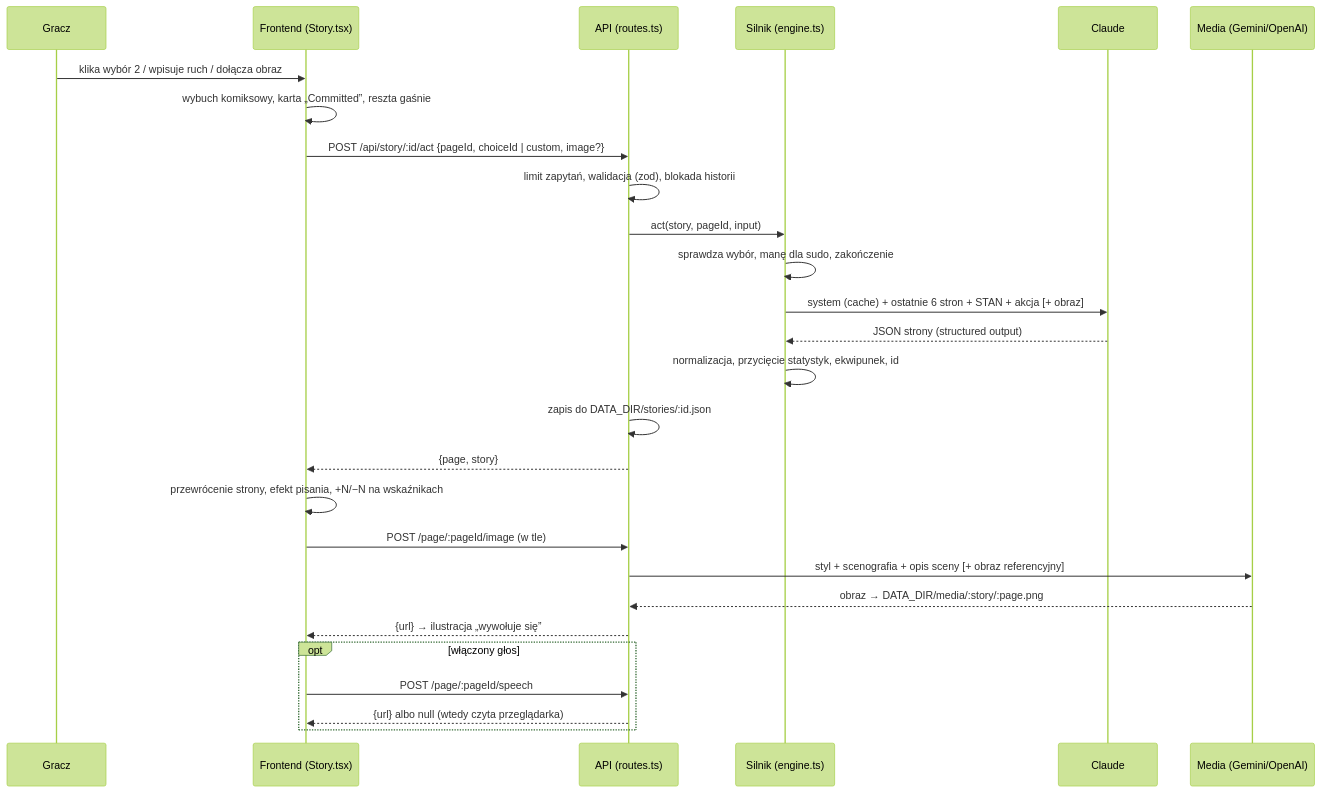
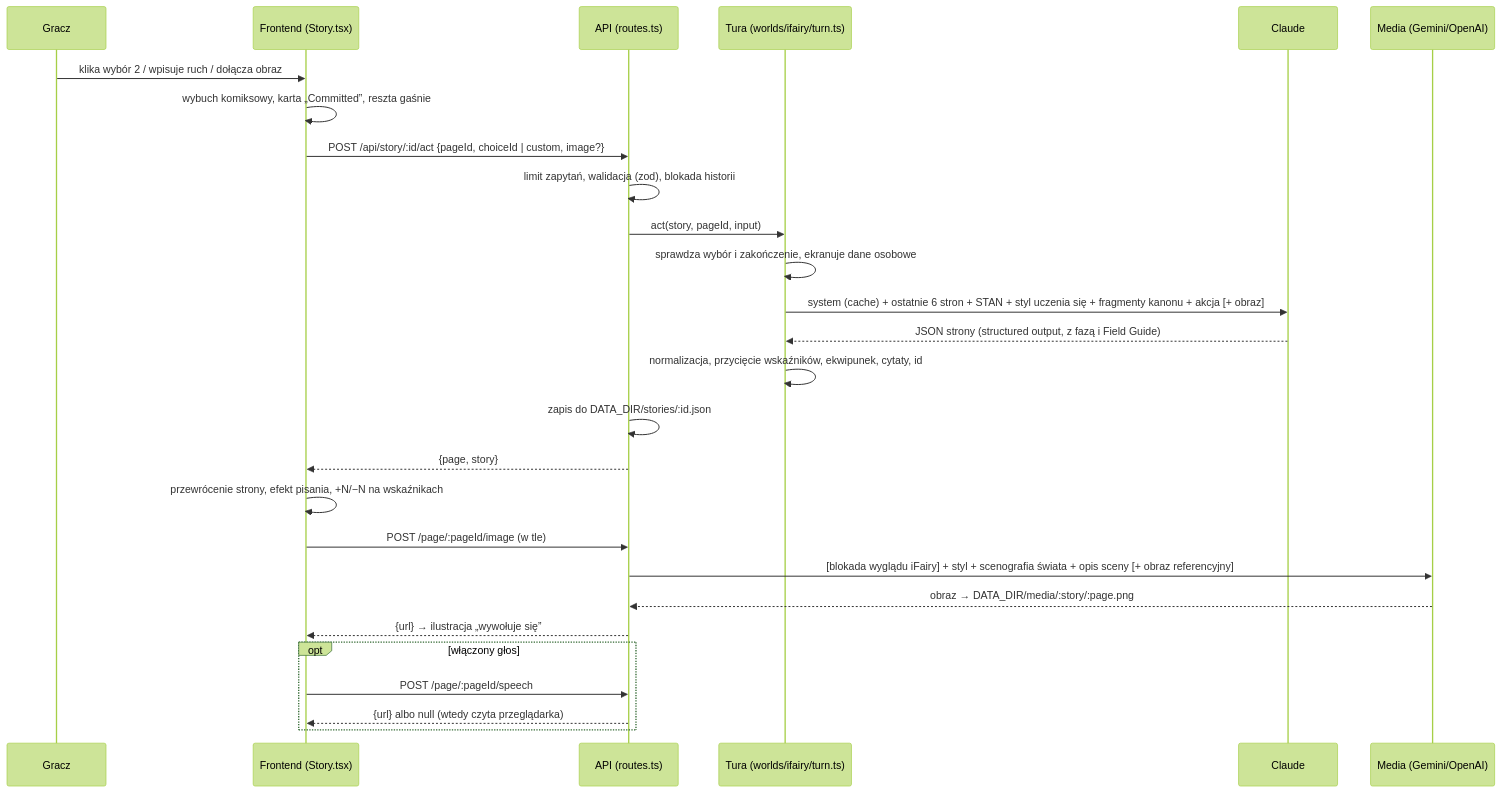
The second of 5 diagrams in docs/ARCHITEKTURA.md (reception-ifairy/book), drawn with Mermaid (forest theme) before and after one commit. The commit also changed other lines of this file and 56 other files, not shown here.

````diff
--- a/docs/ARCHITEKTURA.md
+++ b/docs/ARCHITEKTURA.md
@@ -118,30 +114,30 @@
 ```mermaid
 sequenceDiagram
   participant G as Gracz
   participant F as Frontend (Story.tsx)
   participant A as API (routes.ts)
-  participant E as Silnik (engine.ts)
+  participant E as Tura (worlds/ifairy/turn.ts)
   participant C as Claude
   participant M as Media (Gemini/OpenAI)
 
   G->>F: klika wybór 2 / wpisuje ruch / dołącza obraz
   F->>F: wybuch komiksowy, karta „Committed”, reszta gaśnie
   F->>A: POST /api/story/:id/act {pageId, choiceId | custom, image?}
   A->>A: limit zapytań, walidacja (zod), blokada historii
   A->>E: act(story, pageId, input)
-  E->>E: sprawdza wybór, manę dla sudo, zakończenie
-  E->>C: system (cache) + ostatnie 6 stron + STAN + akcja [+ obraz]
-  C-->>E: JSON strony (structured output)
-  E->>E: normalizacja, przycięcie statystyk, ekwipunek, id
+  E->>E: sprawdza wybór i zakończenie, ekranuje dane osobowe
+  E->>C: system (cache) + ostatnie 6 stron + STAN + styl uczenia się + fragmenty kanonu + akcja [+ obraz]
+  C-->>E: JSON strony (structured output, z fazą i Field Guide)
+  E->>E: normalizacja, przycięcie wskaźników, ekwipunek, cytaty, id
   A->>A: zapis do DATA_DIR/stories/:id.json
   A-->>F: {page, story}
   F->>F: przewrócenie strony, efekt pisania, +N/−N na wskaźnikach
   F->>A: POST /page/:pageId/image (w tle)
-  A->>M: styl + scenografia + opis sceny [+ obraz referencyjny]
+  A->>M: [blokada wyglądu iFairy] + styl + scenografia świata + opis sceny [+ obraz referencyjny]
   M-->>A: obraz → DATA_DIR/media/:story/:page.png
   A-->>F: {url} → ilustracja „wywołuje się”
   opt włączony głos
     F->>A: POST /page/:pageId/speech
     A-->>F: {url} albo null (wtedy czyta przeglądarka)
   end
 ```
````
